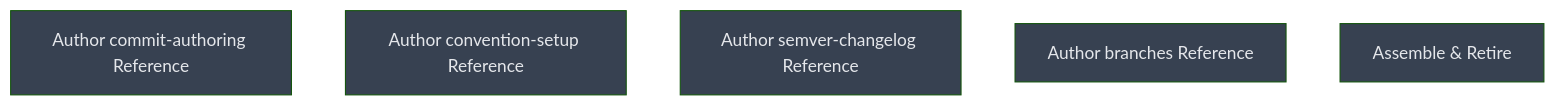
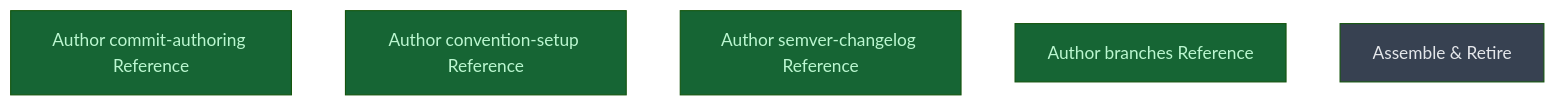
One commit to CrackingShells/cracking-shells-playbook changed the diagram in __roadmap__/writing-history-skill/author/README.md. Above: the diagram before and after it, drawn with Mermaid (forest theme). The commit also changed other lines of this file, not shown here.

Commit message:
chore(writing-history): mark reference leaves done

````diff
--- a/__roadmap__/writing-history-skill/author/README.md
+++ b/__roadmap__/writing-history-skill/author/README.md
@@ -27,13 +27,13 @@
 ```mermaid
 graph TD
-    commit_authoring[Author commit-authoring Reference]:::planned
-    convention_setup[Author convention-setup Reference]:::planned
-    semver_changelog[Author semver-changelog Reference]:::planned
-    branches[Author branches Reference]:::planned
+    commit_authoring[Author commit-authoring Reference]:::done
+    convention_setup[Author convention-setup Reference]:::done
+    semver_changelog[Author semver-changelog Reference]:::done
+    branches[Author branches Reference]:::done
     assemble[Assemble & Retire]:::planned
     classDef done       fill:#166534,color:#bbf7d0
     classDef inprogress fill:#854d0e,color:#fef08a
     classDef planned    fill:#374151,color:#e5e7eb
     classDef amendment  fill:#1e3a5f,color:#bfdbfe
     classDef blocked    fill:#7f1d1d,color:#fecaca
 ```
````
